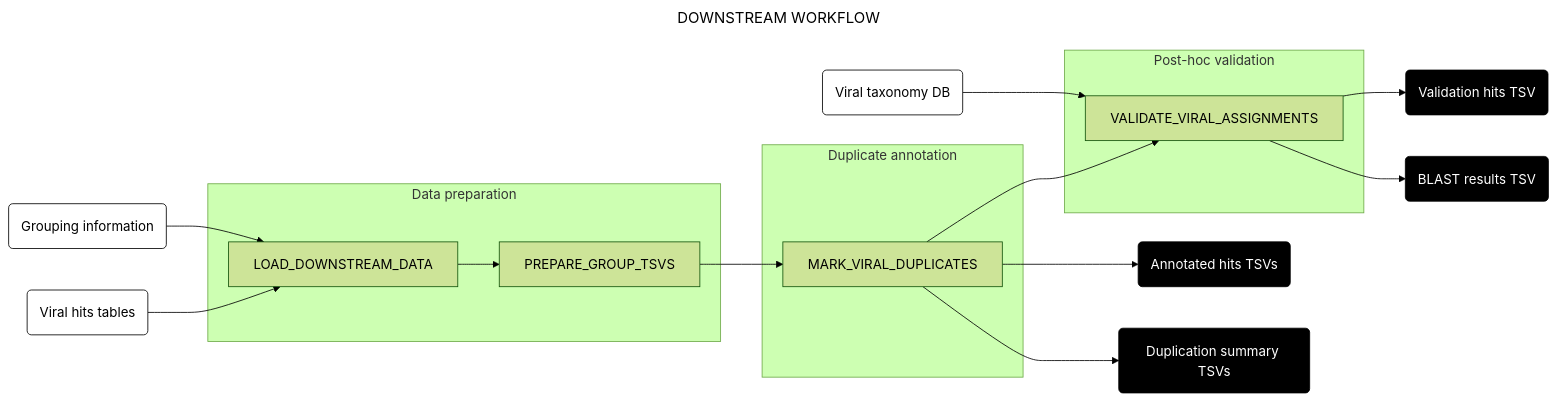
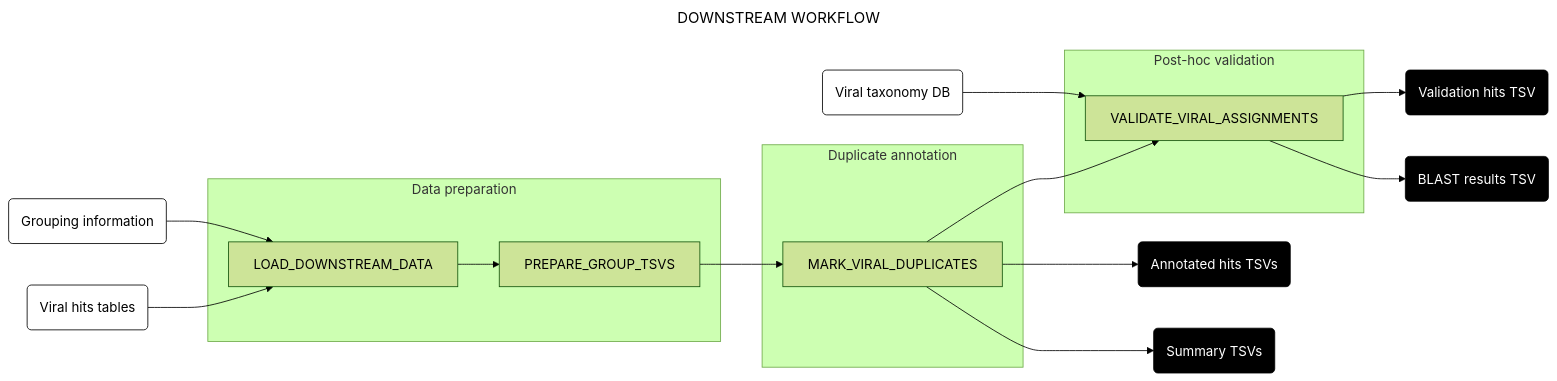
Before and after one commit to naobservatory/mgs-workflow: the first of 11 diagrams in docs/downstream.md, drawn with Mermaid (forest theme). The commit also changed other lines of this file, not shown here.

````diff
--- a/docs/downstream.md
+++ b/docs/downstream.md
@@ -13,34 +13,34 @@
 ```mermaid
 ---
 title: DOWNSTREAM WORKFLOW
 config:
   layout: horizontal
 ---
 flowchart LR
 A(Viral hits tables) & B(Grouping information) --> C[LOAD_DOWNSTREAM_DATA]
 C --> D[PREPARE_GROUP_TSVS]
 D --> E[MARK_VIRAL_DUPLICATES]
 E --> F[VALIDATE_VIRAL_ASSIGNMENTS]
 G(Viral taxonomy DB) --> F
 F --> H(Validation hits TSV)
 F --> I(BLAST results TSV)
 E --> J(Annotated hits TSVs)
-E --> K(Duplication summary TSVs)
+E --> K(Summary TSVs)
 subgraph "Data preparation"
 C
 D
 end
 subgraph "Duplicate annotation"
 E
 end
 subgraph "Post-hoc validation"
 F
 end
 style A fill:#fff,stroke:#000
 style B fill:#fff,stroke:#000
 style G fill:#fff,stroke:#000
 style H fill:#000,color:#fff,stroke:#000
 style I fill:#000,color:#fff,stroke:#000
 style J fill:#000,color:#fff,stroke:#000
 style K fill:#000,color:#fff,stroke:#000
 ```
````
